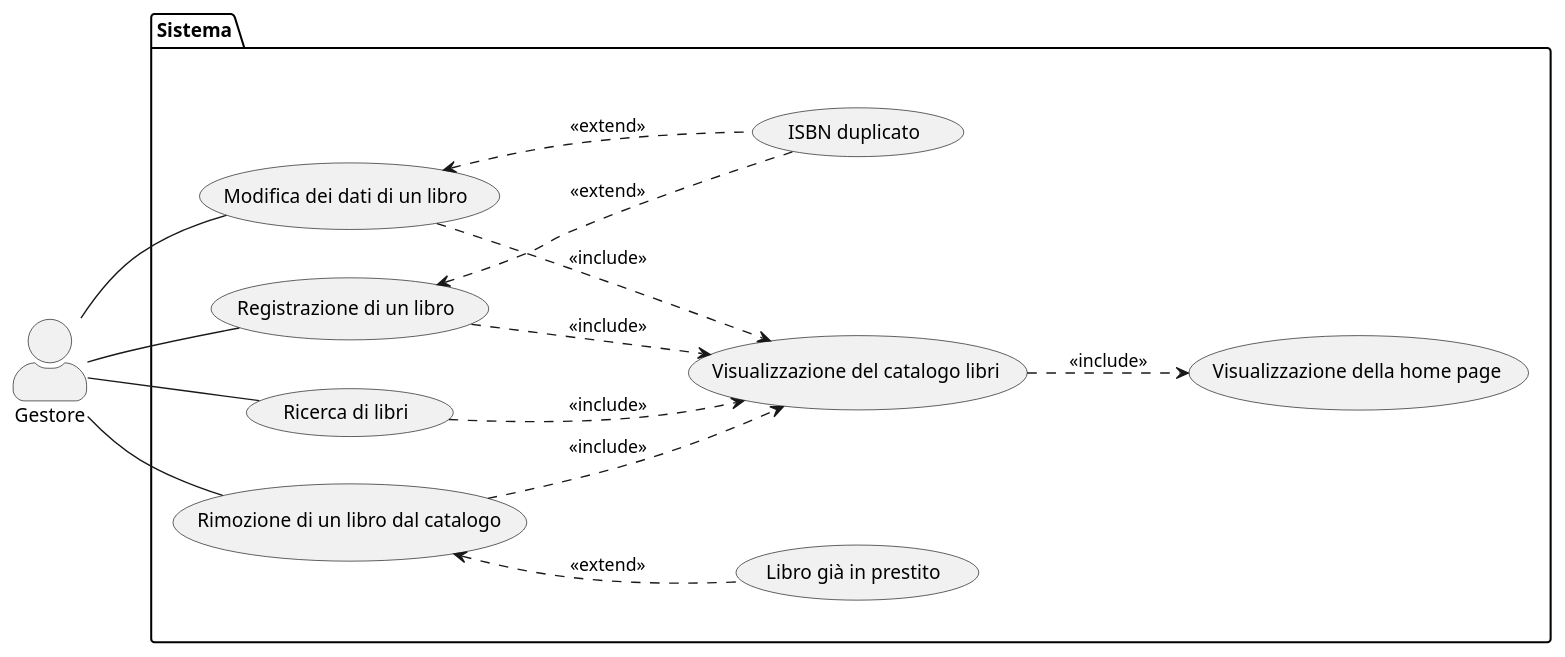
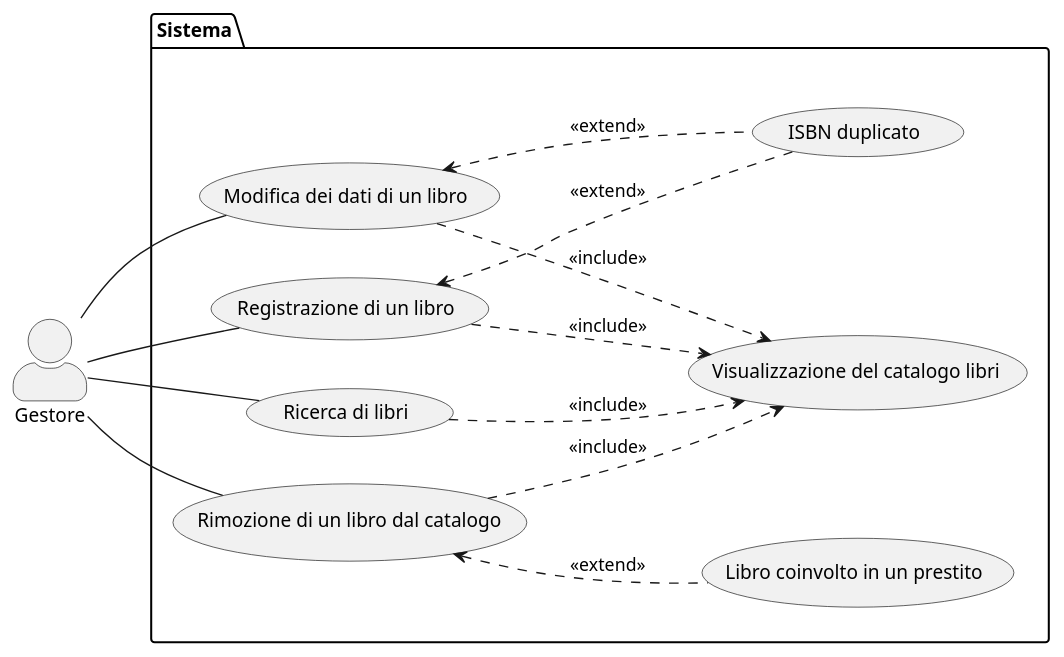
One commit to Meziu/easylibrary changed the diagram in docs/uml/usecasesLibro.puml. Above: the diagram before and after it, drawn with PlantUML. The commit also changed 3 other files, not shown here.

Commit message:
Modifica diagrammi casi d'uso

```diff
--- a/docs/uml/usecasesLibro.puml
+++ b/docs/uml/usecasesLibro.puml
@@ -1,36 +1,33 @@
 @startuml
 skinparam actorStyle awesome
 
 left to right direction
 
 actor Gestore as G
 
 package Sistema {
-    usecase "Visualizzazione della home page" as UC1
     usecase "Visualizzazione del catalogo libri" as UC2
     usecase "Ricerca di libri" as UC11
     usecase "Registrazione di un libro" as UC12
     usecase "Modifica dei dati di un libro" as UC13
     usecase "Rimozione di un libro dal catalogo" as UC14
 
     usecase "ISBN duplicato" as UCA3
-    usecase "Libro già in prestito" as UCA4
+    usecase "Libro coinvolto in un prestito" as UCA4
 }
 
-UC2 ..> UC1 : <<include>>
 
 UC11 ..> UC2 : <<include>>
 UC12 ..> UC2 : <<include>>
 UC13 ..> UC2 : <<include>>
 UC14 ..> UC2 : <<include>>
 
 UC12 <.. UCA3 : <<extend>>
 UC13 <.. UCA3 : <<extend>>
 UC14 <.. UCA4  : <<extend>>
 
 G -- UC11
 G -- UC12
 G -- UC13
 G -- UC14
-
 @enduml
```
